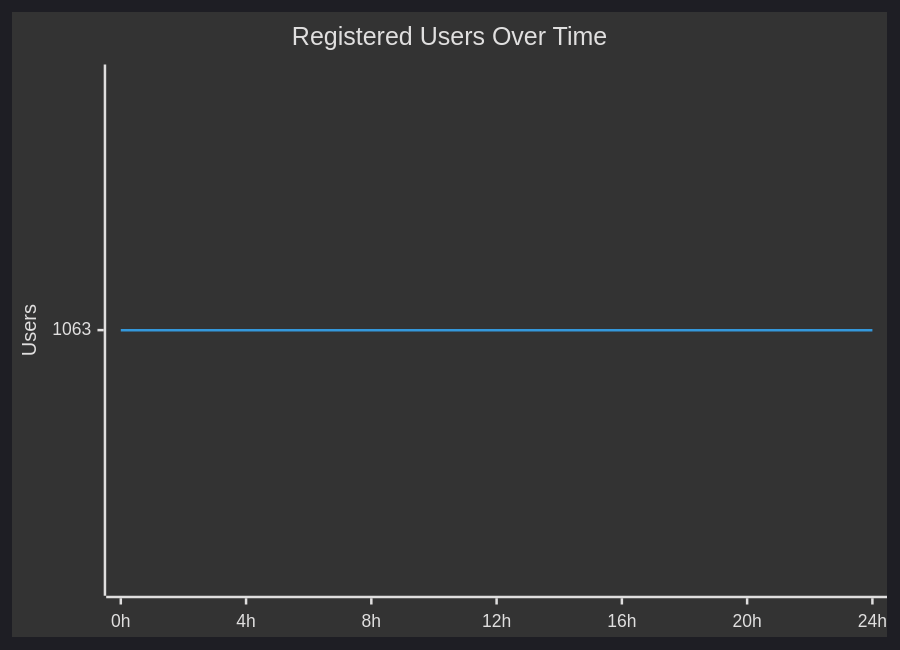
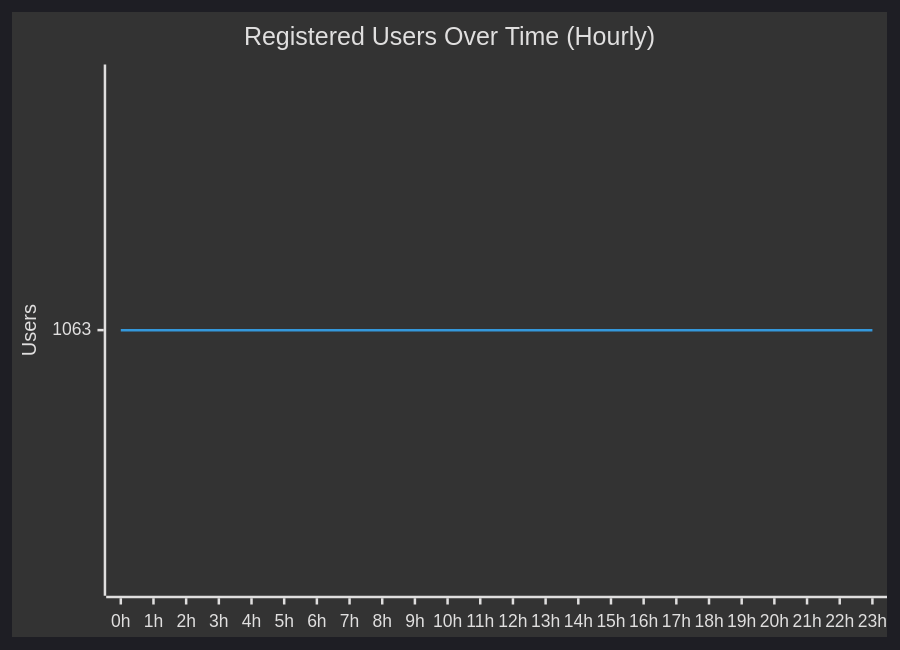
One commit to xlp0/LandingPage changed the second of 5 diagrams in daily-reports/zitadel_report.md. Above: the diagram before and after it, drawn with Mermaid. The commit also changed other lines of this file and 5 other files, not shown here.

First line of the commit message:
Feature: Add ZITADEL Markdown report generation with hourly Mermaid.js visualizations

````diff
--- a/daily-reports/zitadel_report.md
+++ b/daily-reports/zitadel_report.md
@@ -21,8 +21,8 @@
 ```mermaid
 %%{init: {'theme':'dark'}}%%
 xychart-beta
-    title "Registered Users Over Time"
-    x-axis [0h, 4h, 8h, 12h, 16h, 20h, 24h]
+    title "Registered Users Over Time (Hourly)"
+    x-axis [0h, 1h, 2h, 3h, 4h, 5h, 6h, 7h, 8h, 9h, 10h, 11h, 12h, 13h, 14h, 15h, 16h, 17h, 18h, 19h, 20h, 21h, 22h, 23h]
     y-axis "Users"
-    line [1063, 1063, 1063, 1063, 1063, 1063, 1063]
+    line [1063, 1063, 1063, 1063, 1063, 1063, 1063, 1063, 1063, 1063, 1063, 1063, 1063, 1063, 1063, 1063, 1063, 1063, 1063, 1063, 1063, 1063, 1063, 1063]
 ```
````
